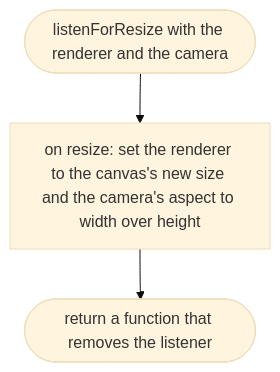
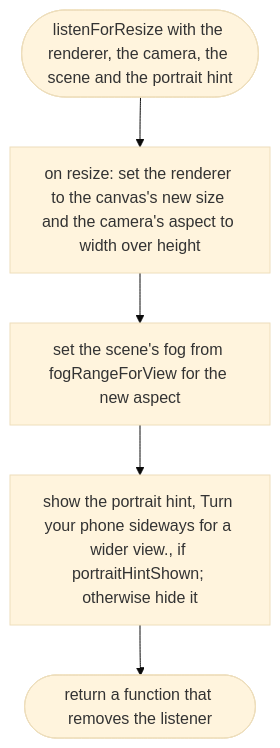
The fourth of 4 diagrams in docs/designs/src/game/main.md (NewDara-Star/world-engine), drawn with Mermaid (base theme) before and after one commit. The commit also changed other lines of this file and 41 other files, not shown here.

````diff
--- a/docs/designs/src/game/main.md
+++ b/docs/designs/src/game/main.md
@@ -70,7 +70,9 @@
 ```mermaid
 flowchart TD
-  s(["listenForResize with the renderer and the camera"])
+  s(["listenForResize with the renderer, the camera, the scene and the portrait hint"])
   a["on resize: set the renderer to the canvas's new size and the camera's aspect to width over height"]
-  b(["return a function that removes the listener"])
-  s --> a --> b
+  b["set the scene's fog from fogRangeForView for the new aspect"]
+  c["show the portrait hint, Turn your phone sideways for a wider view., if portraitHintShown; otherwise hide it"]
+  d(["return a function that removes the listener"])
+  s --> a --> b --> c --> d
 ```
````
